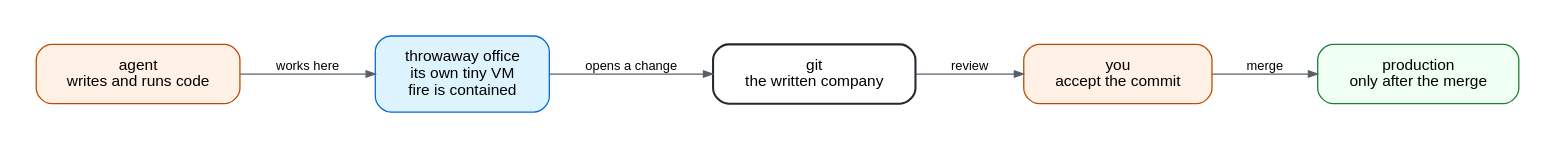
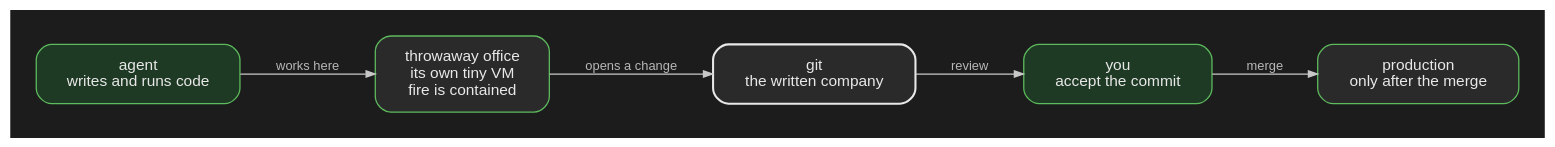
Before and after one commit to rajsinghtech/portfolio: the diagram in content/post/self-hosting-an-ai-cdn/sandbox-merge.dot, drawn with Graphviz. The commit also changed 29 other files, not shown here.

First line of the commit message:
Dark-mode diagrams, city map cover, plus CNPG and Kopiur

```diff
--- a/content/post/self-hosting-an-ai-cdn/sandbox-merge.dot
+++ b/content/post/self-hosting-an-ai-cdn/sandbox-merge.dot
@@ -1,35 +1,21 @@
 digraph factory {
   graph [
-    rankdir=LR, splines=spline, bgcolor="#ffffff",
-    fontname="Helvetica", fontsize=12, pad=0.28, nodesep=0.45, ranksep=0.7
+    rankdir=LR, splines=spline, bgcolor="#1c1c1c",
+    fontname="Helvetica", fontsize=12, pad=0.28, nodesep=0.45, ranksep=0.7,
+    fontcolor="#e8e8e8"
   ];
   node [fontname="Helvetica", fontsize=12, shape=box, style="filled,rounded",
-        fillcolor="#ffffff", color="#8c959f", margin="0.22,0.14"];
-  edge [fontname="Helvetica", fontsize=10, color="#57606a", arrowsize=0.7];
+        fillcolor="#2a2a2a", color="#5dba5d", fontcolor="#e8e8e8", margin="0.22,0.14"];
+  edge [fontname="Helvetica", fontsize=10, color="#c8c8c8", fontcolor="#b8b8b8", arrowsize=0.7];
 
-  agent [
-    label="agent\nwrites and runs code",
-    fillcolor="#fff1e5", color="#bc4c00"
-  ];
-  office [
-    label="throwaway office\nits own tiny VM\nfire is contained",
-    fillcolor="#ddf4ff", color="#0969da"
-  ];
-  git [
-    label="git\nthe written company",
-    fillcolor="#ffffff", color="#24292f", penwidth=1.6
-  ];
-  human [
-    label="you\naccept the commit",
-    fillcolor="#fff1e5", color="#bc4c00"
-  ];
-  prod [
-    label="production\nonly after the merge",
-    fillcolor="#f0fff4", color="#1a7f37"
-  ];
+  agent [label="agent\nwrites and runs code", fillcolor="#1e3a24", color="#5dba5d"];
+  office [label="throwaway office\nits own tiny VM\nfire is contained"];
+  git [label="git\nthe written company", color="#e8e8e8", penwidth=1.6];
+  human [label="you\naccept the commit", fillcolor="#1e3a24", color="#5dba5d"];
+  prod [label="production\nonly after the merge"];
 
   agent -> office [label="works here"];
   office -> git [label="opens a change"];
   git -> human [label="review"];
   human -> prod [label="merge"];
 }
```
